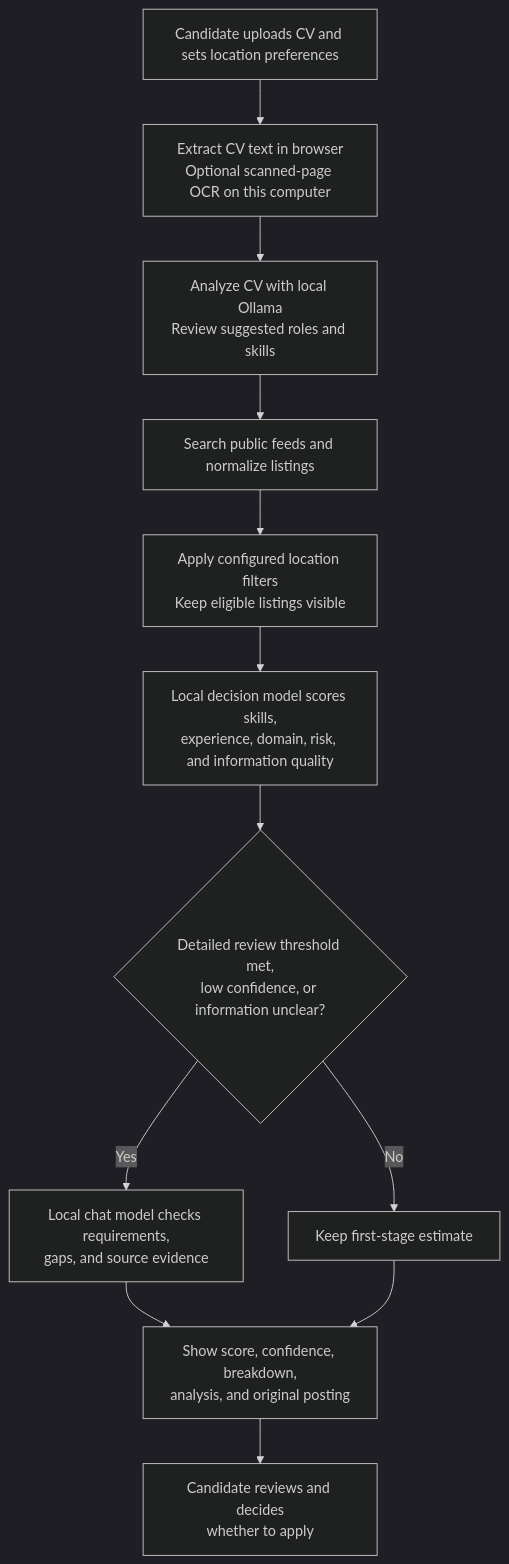
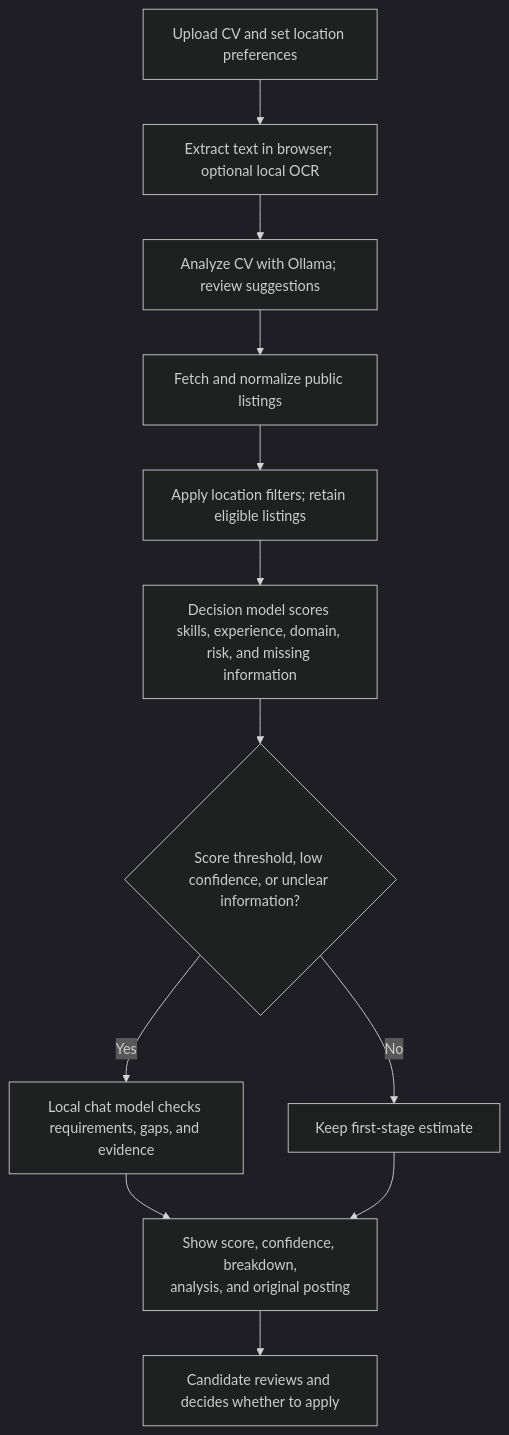
The second of 3 diagrams in README.md (sinariazi/jobpilot), drawn with Mermaid (dark theme) before and after one commit. The commit also changed other lines of this file, not shown here.

Commit message:
Polish README architecture diagrams

````diff
--- a/README.md
+++ b/README.md
@@ -145,14 +145,14 @@
 ```mermaid
 flowchart TB
-    start["Candidate uploads CV and sets location preferences"] --> extract["Extract CV text in browser<br/>Optional scanned-page OCR on this computer"]
-    extract --> cv["Analyze CV with local Ollama<br/>Review suggested roles and skills"]
-    cv --> search["Search public feeds and normalize listings"]
-    search --> filter["Apply configured location filters<br/>Keep eligible listings visible"]
-    filter --> screen["Local decision model scores skills,<br/>experience, domain, risk, and information quality"]
-    screen --> route{"Detailed review threshold met,<br/>low confidence, or information unclear?"}
-    route -->|"Yes"| detailed["Local chat model checks requirements,<br/>gaps, and source evidence"]
+    start["Upload CV and set location preferences"] --> extract["Extract text in browser; optional local OCR"]
+    extract --> cv["Analyze CV with Ollama; review suggestions"]
+    cv --> search["Fetch and normalize public listings"]
+    search --> filter["Apply location filters; retain eligible listings"]
+    filter --> screen["Decision model scores skills, experience, domain, risk, and missing information"]
+    screen --> route{"Score threshold, low confidence, or unclear information?"}
+    route -->|"Yes"| detailed["Local chat model checks requirements, gaps, and evidence"]
     route -->|"No"| estimate["Keep first-stage estimate"]
     detailed --> results["Show score, confidence, breakdown,<br/>analysis, and original posting"]
     estimate --> results
-    results --> human["Candidate reviews and decides<br/>whether to apply"]
+    results --> human["Candidate reviews and decides whether to apply"]
 ```
````
